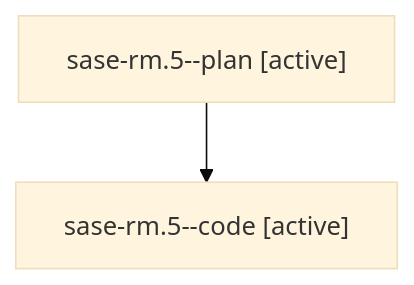
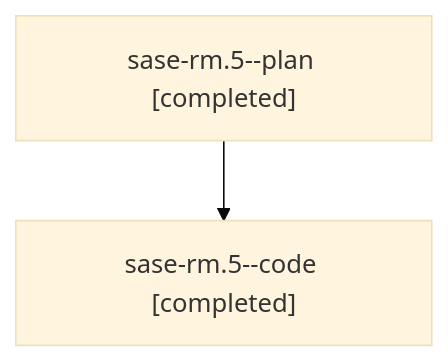
One commit to sase-org/sase--agents changed the diagram in families/bbugyi200.athena.sase-rm.5.md. Above: the diagram before and after it, drawn with Mermaid (base theme). The commit also changed other lines of this file and 53 other files, not shown here.

````diff
--- a/families/bbugyi200.athena.sase-rm.5.md
+++ b/families/bbugyi200.athena.sase-rm.5.md
@@ -9,6 +9,6 @@
 ```mermaid
 flowchart TD
-  n0["sase-rm.5--plan [active]"]
-  n1["sase-rm.5--code [active]"]
+  n0["sase-rm.5--plan [completed]"]
+  n1["sase-rm.5--code [completed]"]
   n0 --> n1
 ```
````
